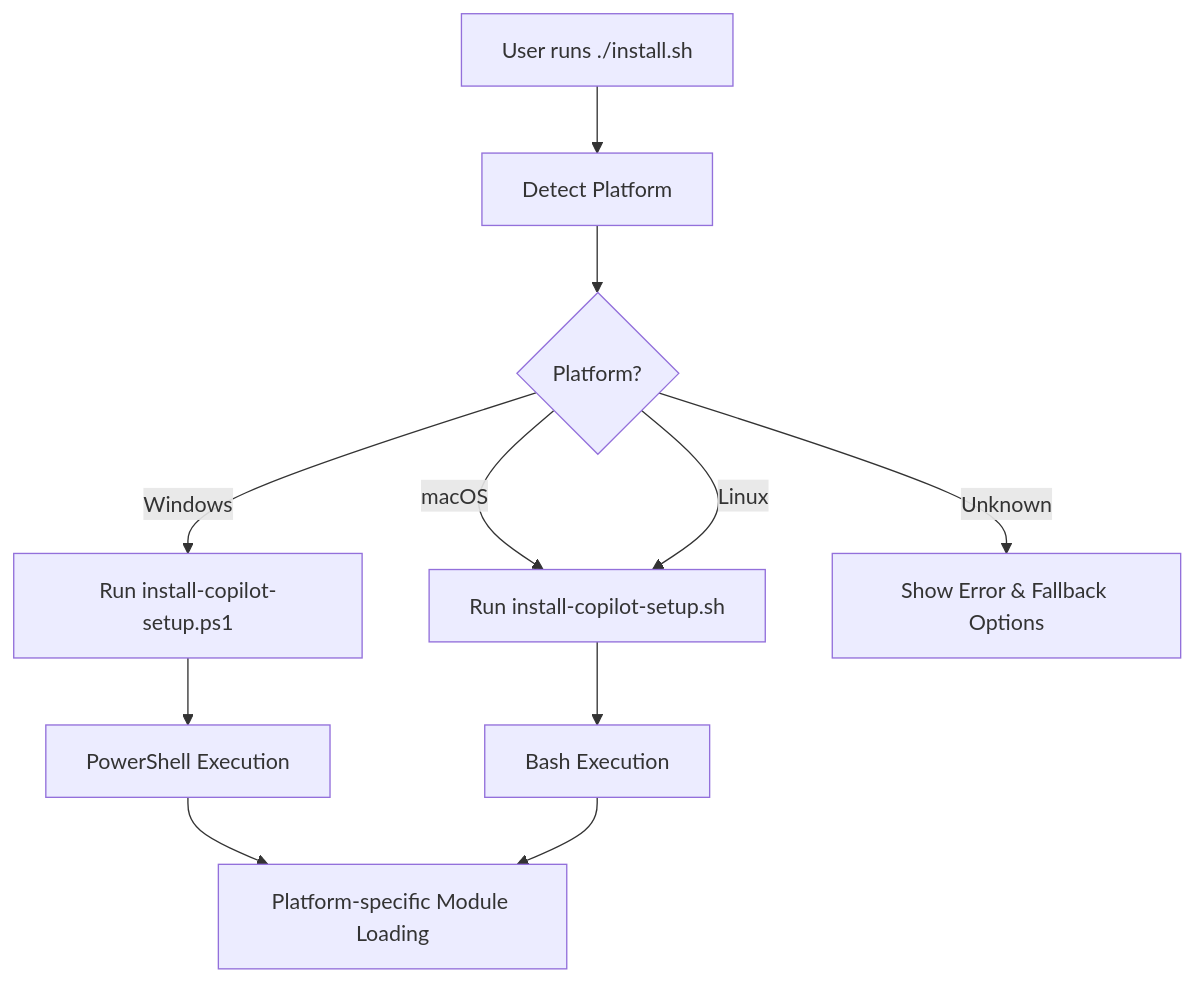
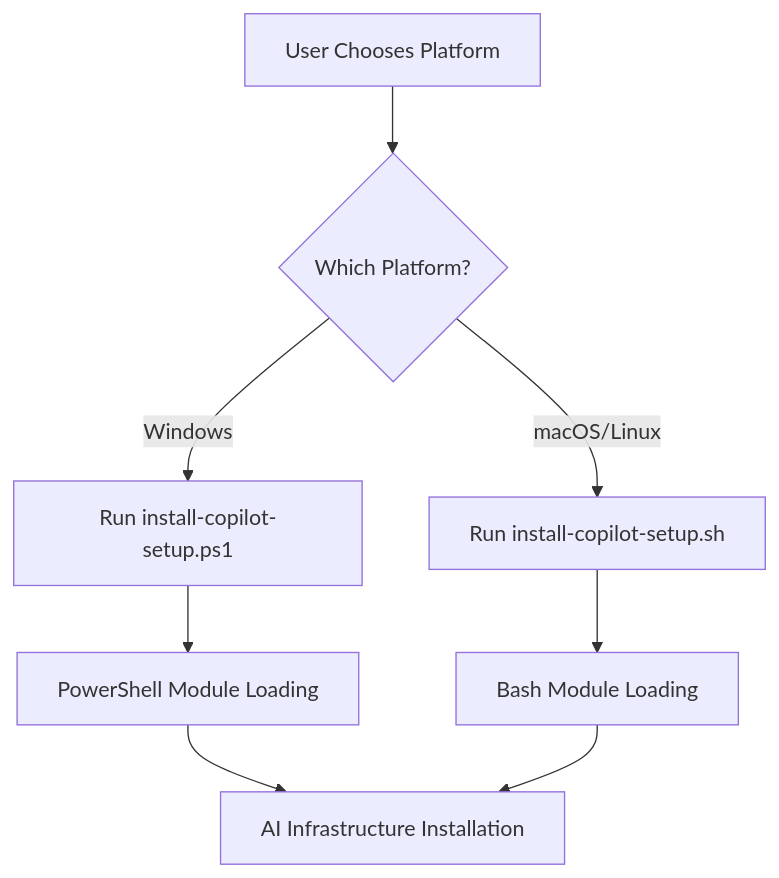
One commit to hashicorp/terraform-provider-azurerm changed the second of 2 diagrams in .github/AIinstaller/README.md. Above: the diagram before and after it, drawn with Mermaid. The commit also changed other lines of this file and 4 other files, not shown here.

Commit message:
Standardize user placeholders and improve PowerShell execution policy guidance

````diff
--- a/.github/AIinstaller/README.md
+++ b/.github/AIinstaller/README.md
@@ -493,13 +464,10 @@
 ```mermaid
 graph TD
-    A[User runs ./install.sh] --> B[Detect Platform]
-    B --> C{Platform?}
-    C -->|Windows| D[Run install-copilot-setup.ps1]
-    C -->|macOS| E[Run install-copilot-setup.sh]
-    C -->|Linux| E
-    C -->|Unknown| F[Show Error & Fallback Options]
-    D --> G[PowerShell Execution]
-    E --> H[Bash Execution]
-    G --> I[Platform-specific Module Loading]
-    H --> I
+    A[User Chooses Platform] --> B{Which Platform?}
+    B -->|Windows| C[Run install-copilot-setup.ps1]
+    B -->|macOS/Linux| D[Run install-copilot-setup.sh]
+    C --> E[PowerShell Module Loading]
+    D --> F[Bash Module Loading]
+    E --> G[AI Infrastructure Installation]
+    F --> G
 ```
````
